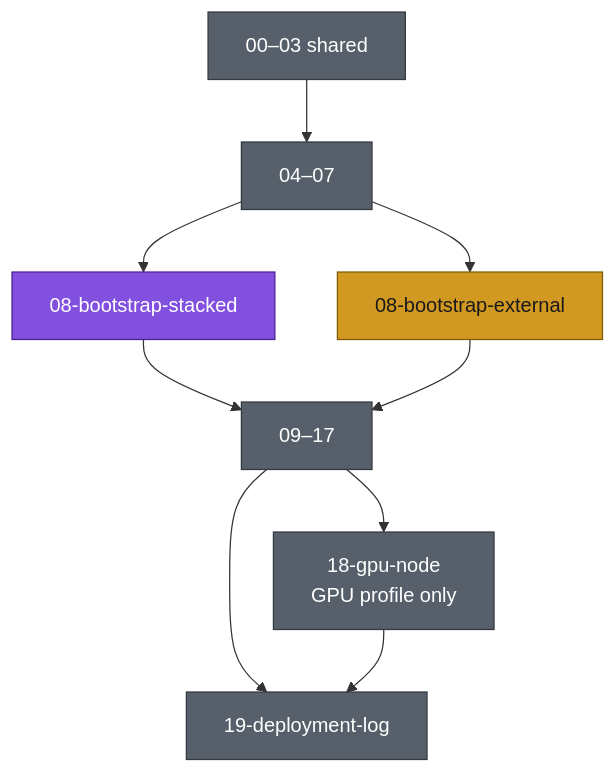
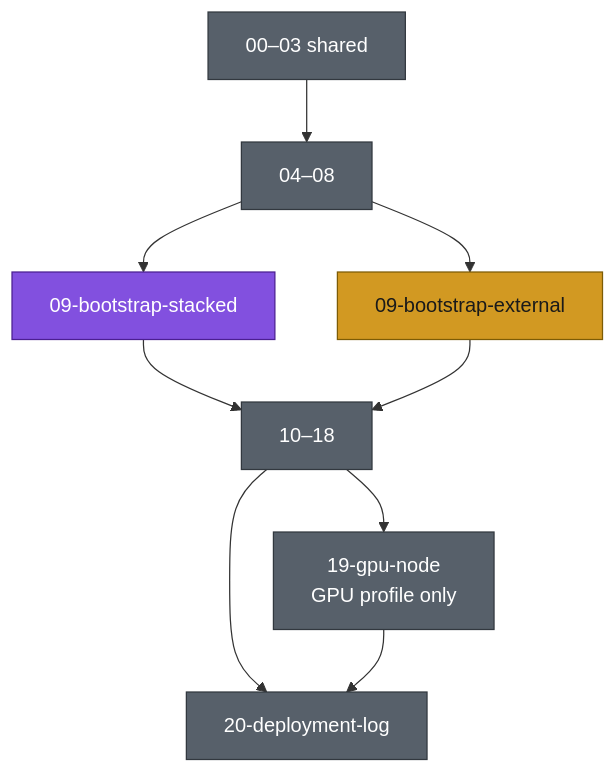
One commit to bahman-farhadian/kubernetes-lab changed the diagram in README.md. Above: the diagram before and after it, drawn with Mermaid. The commit also changed other lines of this file and 22 other files, not shown here.

````diff
--- a/README.md
+++ b/README.md
@@ -24,16 +25,16 @@
 ```mermaid
 flowchart TD
     Root["00–03 shared"]:::common
-    Root --> P04["04–07"]:::common
-    P04 --> S08["08-bootstrap-stacked"]:::scenarioA
-    P04 --> E08["08-bootstrap-external"]:::scenarioB
-    S08 --> Rest["09–17"]:::common
-    E08 --> Rest
-    Rest --> GPU["18-gpu-node\nGPU profile only"]:::common
-    Rest --> Log["19-deployment-log"]:::common
+    Root --> P04["04–08"]:::common
+    P04 --> S09["09-bootstrap-stacked"]:::scenarioA
+    P04 --> E09["09-bootstrap-external"]:::scenarioB
+    S09 --> Rest["10–18"]:::common
+    E09 --> Rest
+    Rest --> GPU["19-gpu-node\nGPU profile only"]:::common
+    Rest --> Log["20-deployment-log"]:::common
     GPU --> Log
 
     classDef common fill:#57606a,stroke:#32383f,color:#ffffff
     classDef scenarioA fill:#8250df,stroke:#4b1f91,color:#ffffff
     classDef scenarioB fill:#d29922,stroke:#7d5c05,color:#1a1a1a
 ```
````
